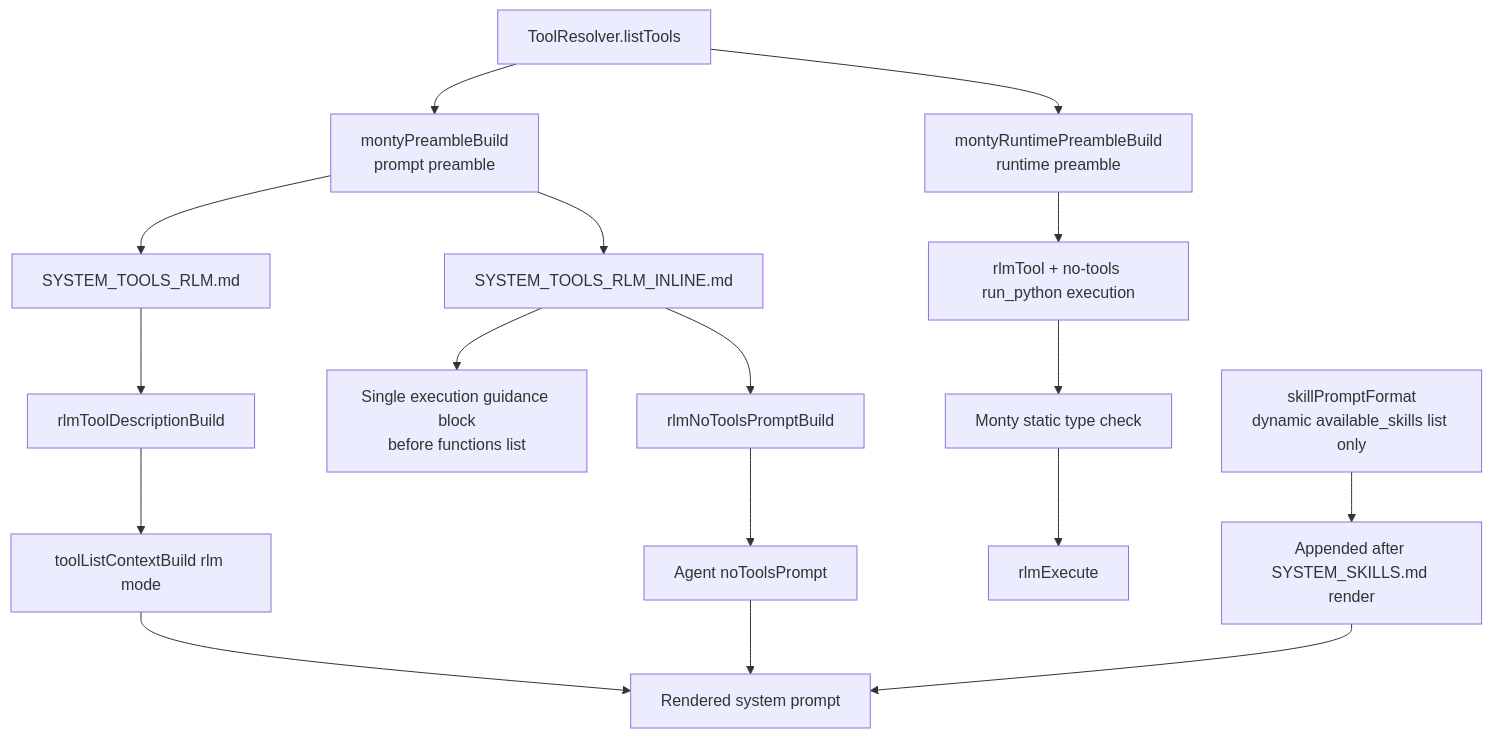
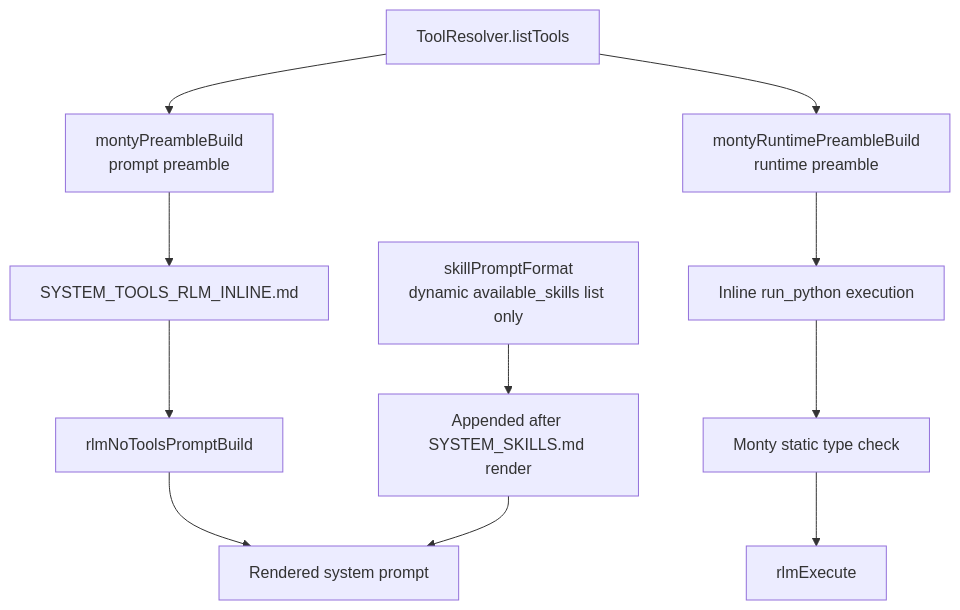
The diagram in doc/internals/prompt-tools-restructure.md (ex3ndr/daycare), drawn with Mermaid before and after one commit. The commit also changed other lines of this file and 56 other files, not shown here.

Commit message:
refactor(engine): remove legacy non-inline execution modes

````diff
--- a/doc/internals/prompt-tools-restructure.md
+++ b/doc/internals/prompt-tools-restructure.md
@@ -17,19 +14,13 @@
 ```mermaid
 flowchart TD
   A[ToolResolver.listTools] --> B[montyPreambleBuild<br/>prompt preamble]
   A --> R[montyRuntimePreambleBuild<br/>runtime preamble]
-  B --> C[SYSTEM_TOOLS_RLM.md]
   B --> D[SYSTEM_TOOLS_RLM_INLINE.md]
-  D --> D1[Single execution guidance block<br/>before functions list]
-  C --> E[rlmToolDescriptionBuild]
   D --> F[rlmNoToolsPromptBuild]
-  R --> X[rlmTool + no-tools run_python execution]
+  R --> X[Inline run_python execution]
   X --> T[Monty static type check]
-  E --> G[toolListContextBuild rlm mode]
-  F --> H[Agent noToolsPrompt]
   T --> L[rlmExecute]
   I[skillPromptFormat<br/>dynamic available_skills list only] --> J[Appended after SYSTEM_SKILLS.md render]
-  G --> K[Rendered system prompt]
-  H --> K
+  F --> K[Rendered system prompt]
   J --> K
 ```
````
